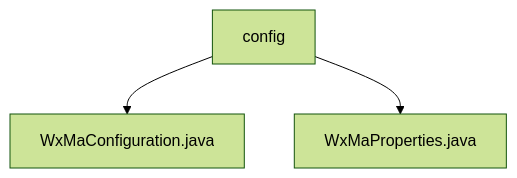
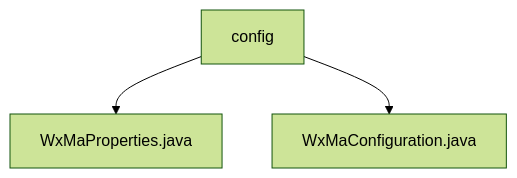
One commit to v-wjrong/binary_weixin-java-miniapp-demo changed the diagram in docs/en/docs/src/main/java/com/github/binarywang/demo/wx/miniapp/config/_module.md. Above: the diagram before and after it, drawn with Mermaid (forest theme). The commit also changed other lines of this file and 50 other files, not shown here.

````diff
--- a/docs/en/docs/src/main/java/com/github/binarywang/demo/wx/miniapp/config/_module.md
+++ b/docs/en/docs/src/main/java/com/github/binarywang/demo/wx/miniapp/config/_module.md
@@ -22,5 +22,5 @@
 ```mermaid
 graph TD
+    config --> WxMaProperties.java
     config --> WxMaConfiguration.java
-    config --> WxMaProperties.java
 ```
````
